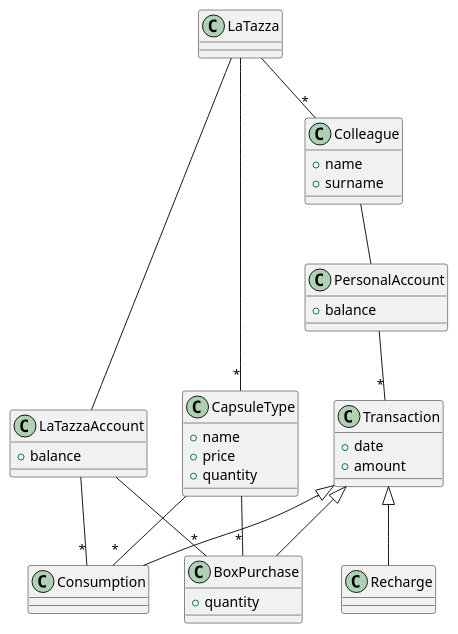
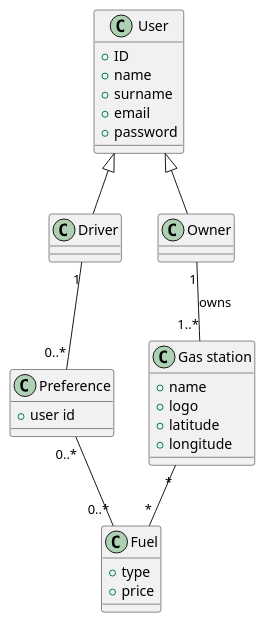
One commit to gunixr/Lab02 changed the third of 3 diagrams in REQ_s245885.md. Above: the diagram before and after it, drawn with PlantUML. The commit also changed other lines of this file, not shown here.

````diff
--- a/REQ_s245885.md
+++ b/REQ_s245885.md
@@ -210,52 +213,36 @@
 ```plantuml
-class LaTazza
-class Colleague {
-+ name
-+ surname
+class User {
+	+ ID
+	+ name
+	+ surname
+	+ email
+	+ password
 }
 
-class PersonalAccount {
-+ balance
+class Driver
+
+class Owner
+
+class "Gas station" {
+	+ name
+	+ logo
+	+ latitude
+	+ longitude
 }
 
-class CapsuleType {
-+ name
-+ price
-+ quantity
+class Fuel {
+	+ type
+	+ price
 }
 
-class LaTazzaAccount {
-+ balance
+class Preference {
+	+ user id
 }
 
-class BoxPurchase {
-+ quantity
-}
-
-class Transaction {
-+ date
-+ amount
-}
-
-class Recharge
-class Consumption
-
-
-LaTazza -- "*" Colleague
-LaTazza -- "*" CapsuleType
-LaTazza -- LaTazzaAccount
-
-LaTazzaAccount -- "*" BoxPurchase
-LaTazzaAccount -- "*" Consumption
-
-CapsuleType -- "*" Consumption
-CapsuleType -- "*" BoxPurchase
-
-Colleague -- PersonalAccount
-PersonalAccount -- "*" Transaction
-
-Transaction <|-- Recharge
-Transaction <|-- Consumption
-Transaction <|-- BoxPurchase
-
+User <|-- Owner
+User <|-- Driver
+Driver "1"--"0..*" Preference
+Preference "0..*"--"0..*" Fuel
+"Gas station" "*"--"*" Fuel
+Owner "1"--"1..*" "Gas station":owns
 ```
````
